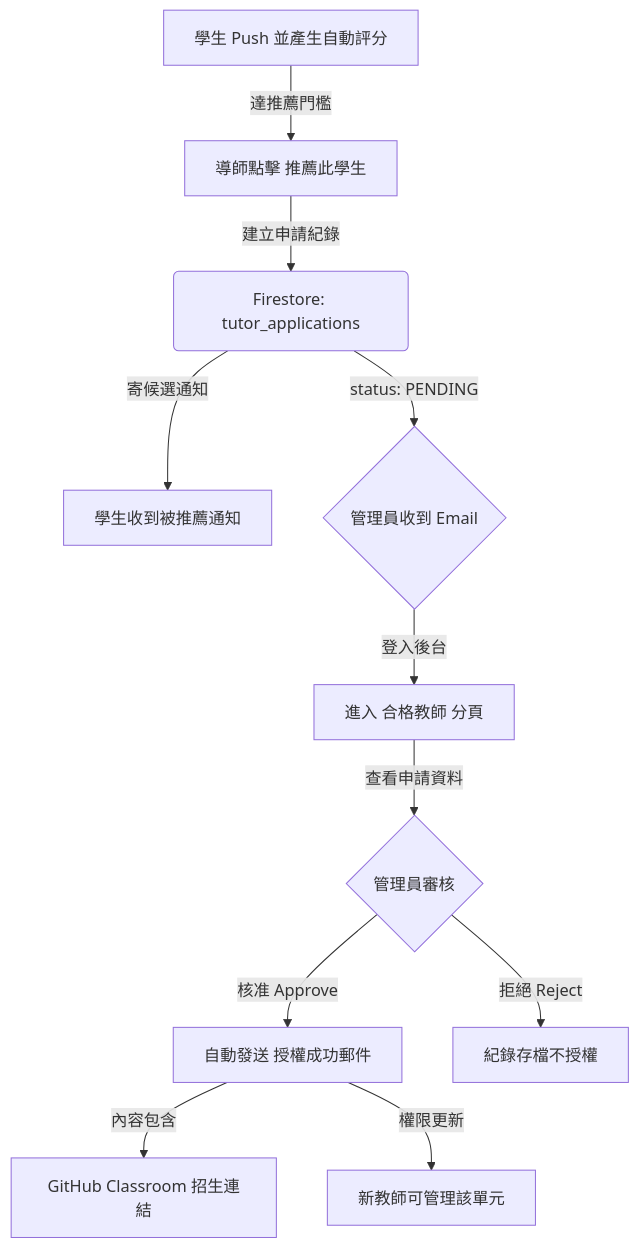
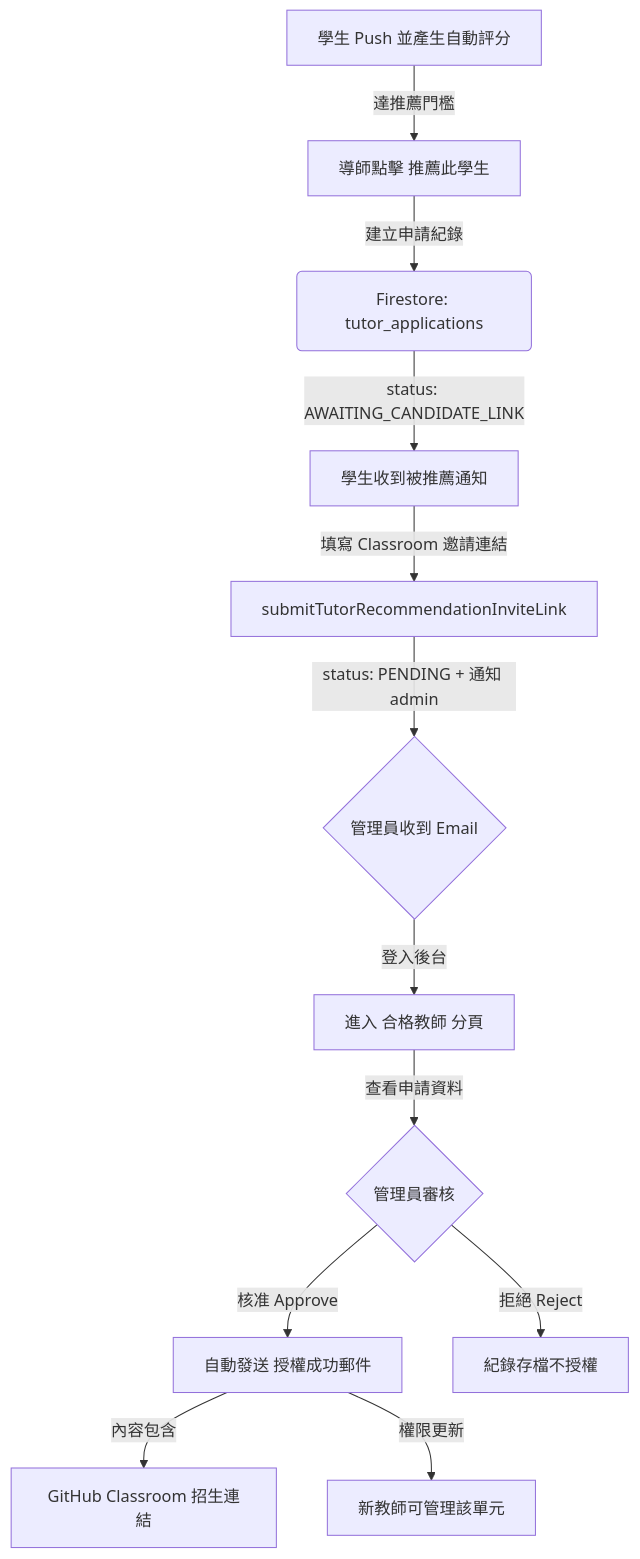
The diagram in docs/tutor-management-mvp.md (vibe-coding-tw/e-learning), drawn with Mermaid before and after one commit. The commit also changed other lines of this file and 5 other files, not shown here.

Commit message:
Require candidate classroom invite link before tutor recommendation reaches admin

````diff
--- a/docs/tutor-management-mvp.md
+++ b/docs/tutor-management-mvp.md
@@ -8,13 +8,14 @@
 ```mermaid
 graph TD
     A[學生 Push 並產生自動評分] -->|達推薦門檻| B[導師點擊 推薦此學生]
     B -->|建立申請紀錄| C(Firestore: tutor_applications)
-    C -->|寄候選通知| C1[學生收到被推薦通知]
-    C -->|status: PENDING| D{管理員收到 Email}
+    C -->|status: AWAITING_CANDIDATE_LINK| C1[學生收到被推薦通知]
+    C1 -->|填寫 Classroom 邀請連結| C2[submitTutorRecommendationInviteLink]
+    C2 -->|status: PENDING + 通知 admin| D{管理員收到 Email}
     D -->|登入後台| E[進入 合格教師 分頁]
     E -->|查看申請資料| F{管理員審核}
     F -->|核准 Approve| G[自動發送 授權成功郵件]
     F -->|拒絕 Reject| H[紀錄存檔不授權]
     G -->|內容包含| I[GitHub Classroom 招生連結]
     G -->|權限更新| J[新教師可管理該單元]
 ```
````
